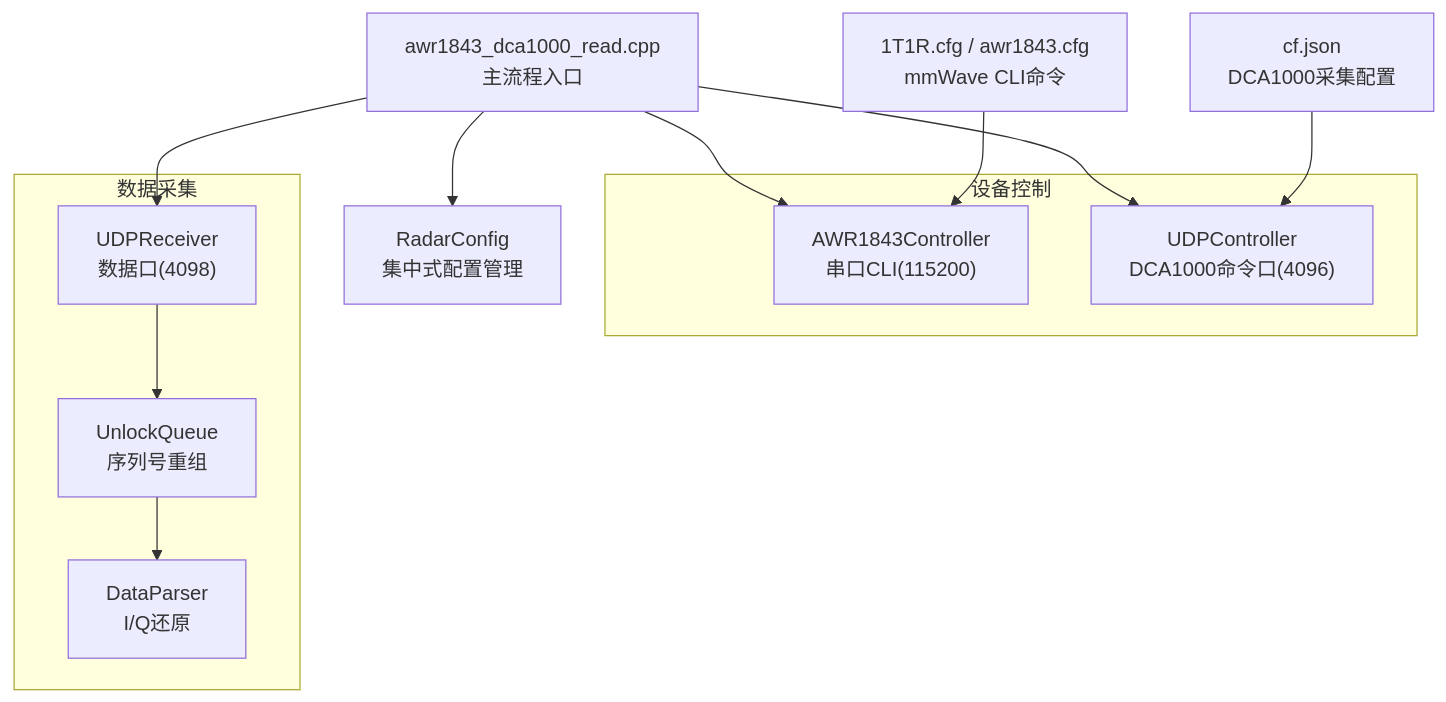
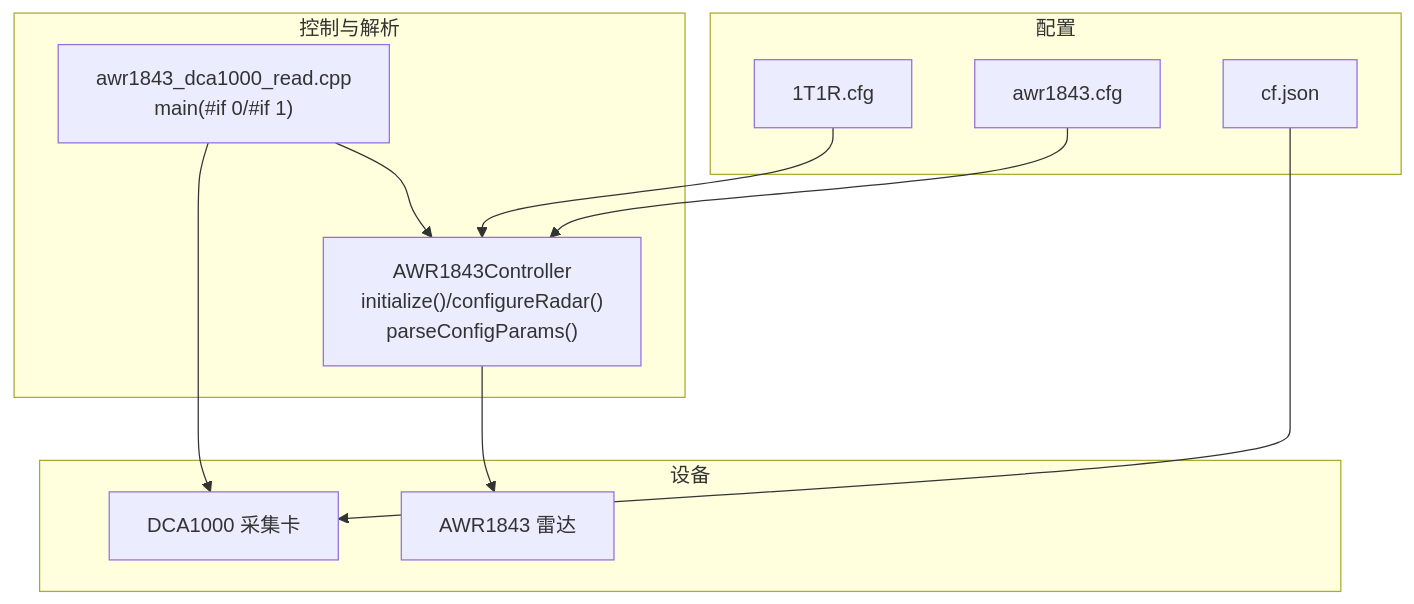
Before and after one commit to Lukad77/awr1843-radar-toolkit: the first of 4 diagrams in .qoder/repowiki/zh/content/雷达与采集参数配置文件.md, drawn with Mermaid. The commit also changed other lines of this file and 106 other files, not shown here.

````diff
--- a/.qoder/repowiki/zh/content/雷达与采集参数配置文件.md
+++ b/.qoder/repowiki/zh/content/雷达与采集参数配置文件.md
@@ -46,24 +40,22 @@
 ```mermaid
 graph TB
-subgraph "设备控制"
-CLI["AWR1843Controller<br/>串口CLI(115200)"]
-UDPCTL["UDPController<br/>DCA1000命令口(4096)"]
+subgraph "配置"
+CFG1["1T1R.cfg"]
+CFG2["awr1843.cfg"]
+JSON["cf.json"]
 end
-subgraph "数据采集"
-UDPREC["UDPReceiver<br/>数据口(4098)"]
-UNLOCK["UnlockQueue<br/>序列号重组"]
-PARSER["DataParser<br/>I/Q还原"]
+subgraph "控制与解析"
+CTRL["AWR1843Controller<br/>initialize()/configureRadar()<br/>parseConfigParams()"]
+MAIN["awr1843_dca1000_read.cpp<br/>main(#if 0/#if 1)"]
 end
-CFG1["1T1R.cfg / awr1843.cfg<br/>mmWave CLI命令"]
-CFJSON["cf.json<br/>DCA1000采集配置"]
-MAIN["awr1843_dca1000_read.cpp<br/>主流程入口"]
-RC["RadarConfig<br/>集中式配置管理"]
-CFG1 --> CLI
-CFJSON --> UDPCTL
-MAIN --> CLI
-MAIN --> UDPCTL
-MAIN --> UDPREC
-MAIN --> RC
-UDPREC --> UNLOCK
-UNLOCK --> PARSER
+subgraph "设备"
+RADAR["AWR1843 雷达"]
+DCA["DCA1000 采集卡"]
+end
+CFG1 --> CTRL
+CFG2 --> CTRL
+JSON --> DCA
+CTRL --> RADAR
+MAIN --> CTRL
+MAIN --> DCA
 ```
````
